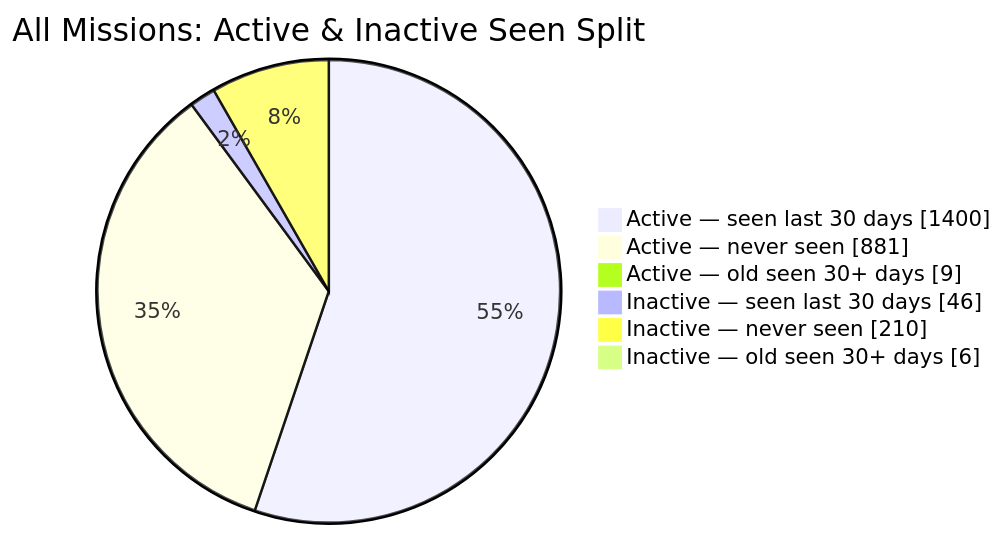
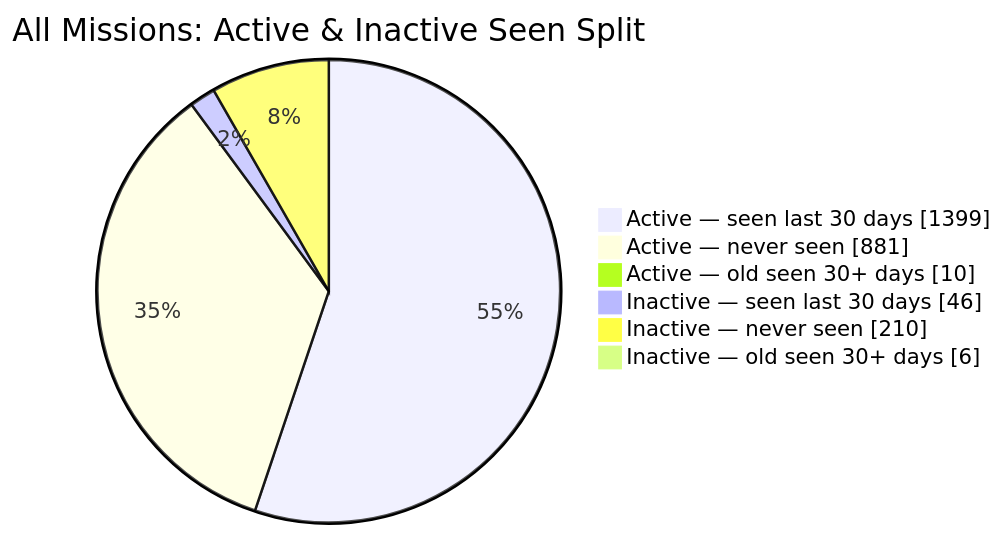
The second of 2 diagrams in README.md (MeldkamerspelGameTeam/active-missions), drawn with Mermaid before and after one commit. The commit also changed other lines of this file and 3 other files, not shown here.

````diff
--- a/README.md
+++ b/README.md
@@ -44,10 +44,10 @@
 ```mermaid
 pie showData
     title All Missions: Active & Inactive Seen Split
-    "Active — seen last 30 days" : 1400
+    "Active — seen last 30 days" : 1399
     "Active — never seen" : 881
-    "Active — old seen 30+ days" : 9
+    "Active — old seen 30+ days" : 10
     "Inactive — seen last 30 days" : 46
     "Inactive — never seen" : 210
     "Inactive — old seen 30+ days" : 6
 ```
````
